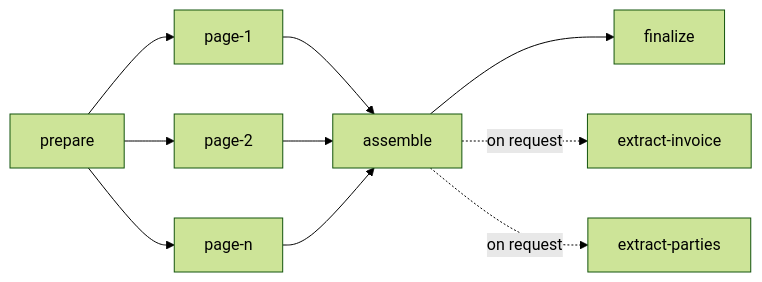
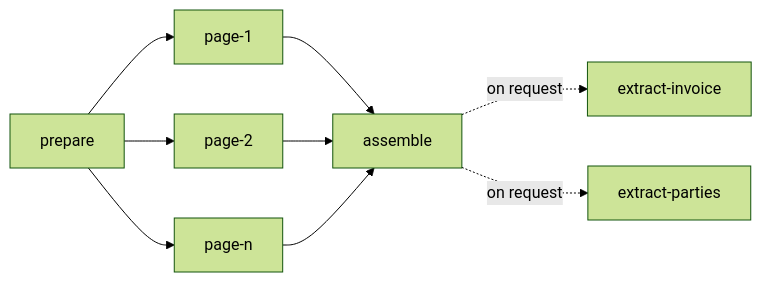
Before and after one commit to latere-ai/lectio: the diagram in specs/005-parse-graph.md, drawn with Mermaid (forest theme). The commit also changed other lines of this file and 6 other files, not shown here.

````diff
--- a/specs/005-parse-graph.md
+++ b/specs/005-parse-graph.md
@@ -39,7 +52,6 @@
 ```mermaid
 flowchart LR
   prepare --> p1["page-1"] & p2["page-2"] & pn["page-n"]
   p1 & p2 & pn --> assemble
-  assemble --> finalize
   assemble -. "on request" .-> e1["extract-invoice"] & e2["extract-parties"]
 ```
````
